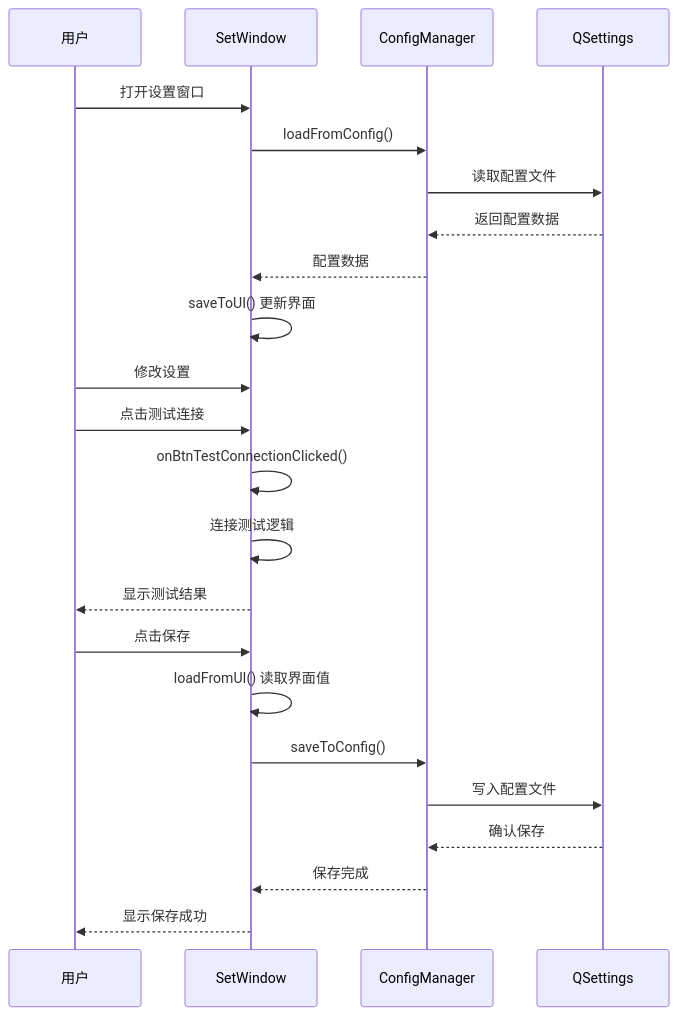
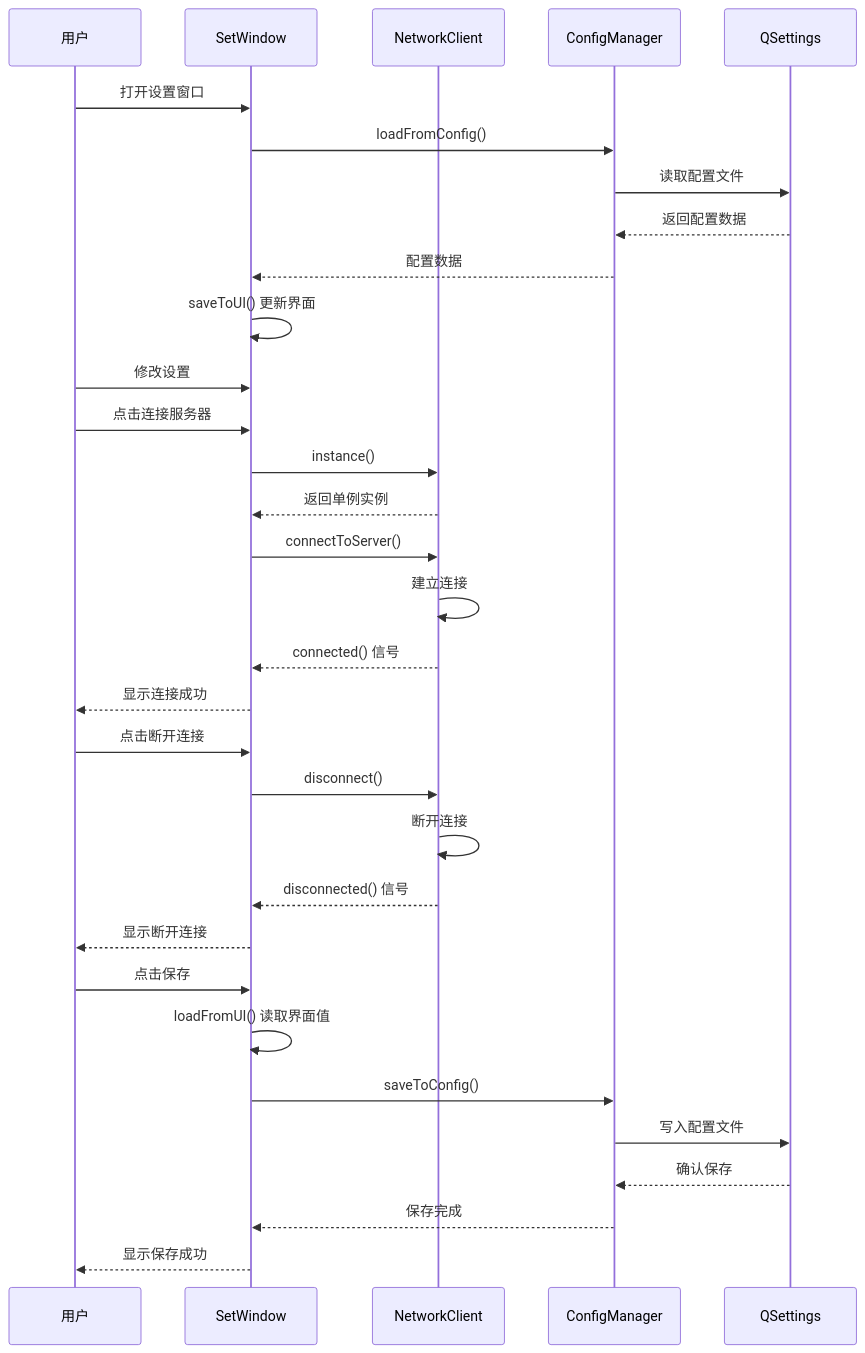
One commit to HeQiTZD/Triple-terminal-Attendance-Punching-System changed the second of 8 diagrams in .qoder/repowiki/zh/content/用户界面设计/设置窗口.md. Above: the diagram before and after it, drawn with Mermaid. The commit also changed other lines of this file and 18 other files, not shown here.

````diff
--- a/.qoder/repowiki/zh/content/用户界面设计/设置窗口.md
+++ b/.qoder/repowiki/zh/content/用户界面设计/设置窗口.md
@@ -109,25 +129,34 @@
 ```mermaid
 sequenceDiagram
 participant User as 用户
 participant SW as SetWindow
+participant NC as NetworkClient
 participant CM as ConfigManager
 participant FS as QSettings
 User->>SW : 打开设置窗口
 SW->>CM : loadFromConfig()
 CM->>FS : 读取配置文件
 FS-->>CM : 返回配置数据
 CM-->>SW : 配置数据
 SW->>SW : saveToUI() 更新界面
 User->>SW : 修改设置
-User->>SW : 点击测试连接
-SW->>SW : onBtnTestConnectionClicked()
-SW->>SW : 连接测试逻辑
-SW-->>User : 显示测试结果
+User->>SW : 点击连接服务器
+SW->>NC : instance()
+NC-->>SW : 返回单例实例
+SW->>NC : connectToServer()
+NC->>NC : 建立连接
+NC-->>SW : connected() 信号
+SW-->>User : 显示连接成功
+User->>SW : 点击断开连接
+SW->>NC : disconnect()
+NC->>NC : 断开连接
+NC-->>SW : disconnected() 信号
+SW-->>User : 显示断开连接
 User->>SW : 点击保存
 SW->>SW : loadFromUI() 读取界面值
 SW->>CM : saveToConfig()
 CM->>FS : 写入配置文件
 FS-->>CM : 确认保存
 CM-->>SW : 保存完成
 SW-->>User : 显示保存成功
 ```
````
